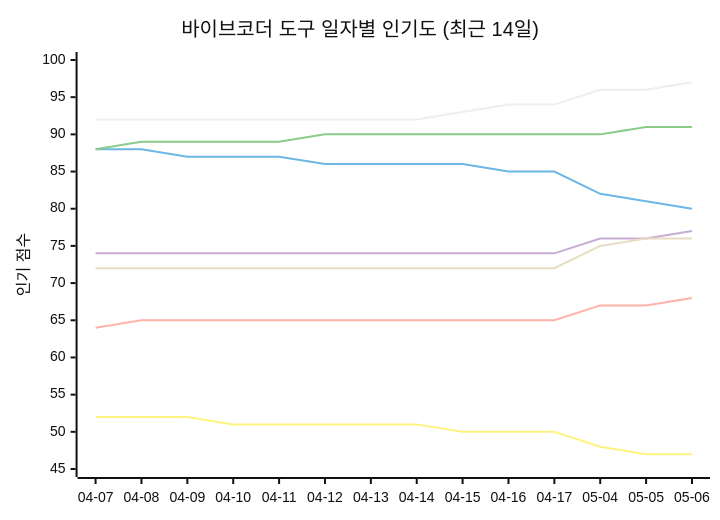
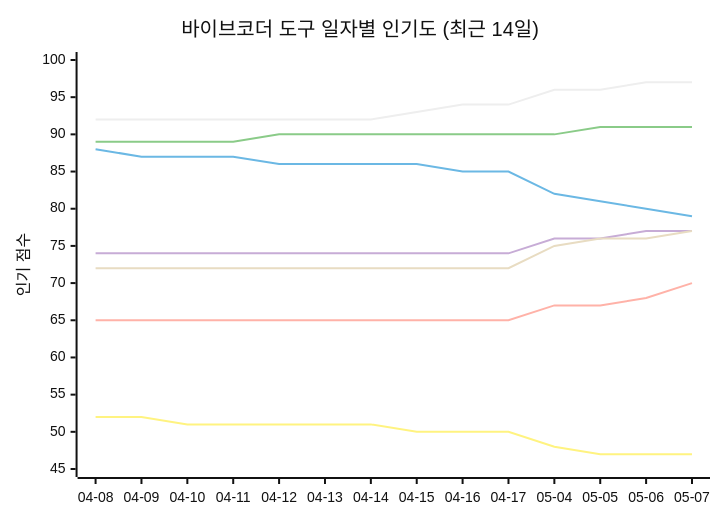
One commit to tykimos/ai-whatchelin changed the seventh of 11 diagrams in README_ko.md. Above: the diagram before and after it, drawn with Mermaid (neutral theme). The commit also changed other lines of this file and 4 other files, not shown here.

````diff
--- a/README_ko.md
+++ b/README_ko.md
@@ -706,13 +709,13 @@
 ```mermaid
 xychart-beta
     title "바이브코더 도구 일자별 인기도 (최근 14일)"
-    x-axis ["04-07", "04-08", "04-09", "04-10", "04-11", "04-12", "04-13", "04-14", "04-15", "04-16", "04-17", "05-04", "05-05", "05-06"]
+    x-axis ["04-08", "04-09", "04-10", "04-11", "04-12", "04-13", "04-14", "04-15", "04-16", "04-17", "05-04", "05-05", "05-06", "05-07"]
     y-axis "인기 점수" 45 --> 100
-    line "Claude Code" [92, 92, 92, 92, 92, 92, 92, 92, 93, 94, 94, 96, 96, 97]
-    line "GH Copilot" [88, 88, 87, 87, 87, 86, 86, 86, 86, 85, 85, 82, 81, 80]
-    line "Cursor" [88, 89, 89, 89, 89, 90, 90, 90, 90, 90, 90, 90, 91, 91]
-    line "Windsurf" [74, 74, 74, 74, 74, 74, 74, 74, 74, 74, 74, 76, 76, 77]
-    line "Codex CLI" [72, 72, 72, 72, 72, 72, 72, 72, 72, 72, 72, 75, 76, 76]
-    line "Gemini CLI" [64, 65, 65, 65, 65, 65, 65, 65, 65, 65, 65, 67, 67, 68]
-    line "Antigravity" [52, 52, 52, 51, 51, 51, 51, 51, 50, 50, 50, 48, 47, 47]
+    line "Claude Code" [92, 92, 92, 92, 92, 92, 92, 93, 94, 94, 96, 96, 97, 97]
+    line "GH Copilot" [88, 87, 87, 87, 86, 86, 86, 86, 85, 85, 82, 81, 80, 79]
+    line "Cursor" [89, 89, 89, 89, 90, 90, 90, 90, 90, 90, 90, 91, 91, 91]
+    line "Windsurf" [74, 74, 74, 74, 74, 74, 74, 74, 74, 74, 76, 76, 77, 77]
+    line "Codex CLI" [72, 72, 72, 72, 72, 72, 72, 72, 72, 72, 75, 76, 76, 77]
+    line "Gemini CLI" [65, 65, 65, 65, 65, 65, 65, 65, 65, 65, 67, 67, 68, 70]
+    line "Antigravity" [52, 52, 51, 51, 51, 51, 51, 50, 50, 50, 48, 47, 47, 47]
 ```
````
